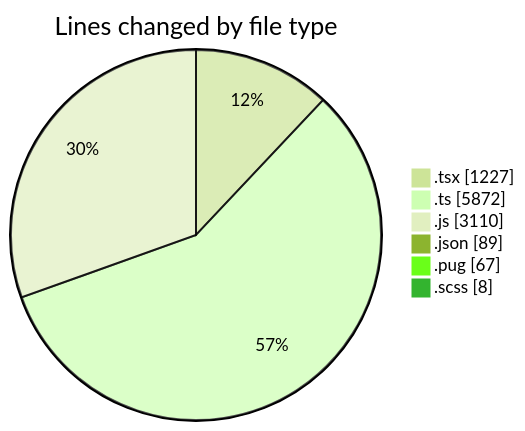
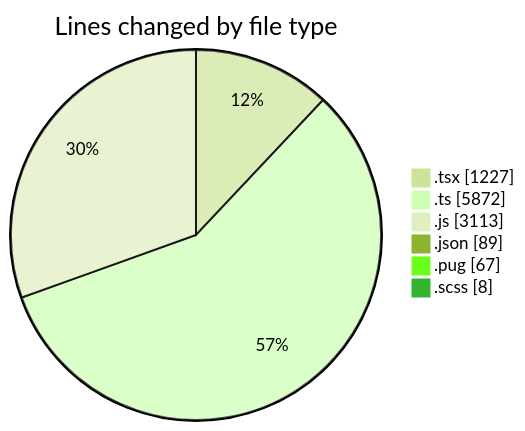
Before and after one commit to momahboobian/code-tracking: the first of 2 diagrams in 2025-03-24/cda/README.md, drawn with Mermaid (forest theme). The commit also changed other lines of this file and 1 other file, not shown here.

````diff
--- a/2025-03-24/cda/README.md
+++ b/2025-03-24/cda/README.md
@@ -41,10 +41,10 @@
 ```mermaid
 pie showData
 title Lines changed by file type
 ".tsx" : 1227
 ".ts" : 5872
-".js" : 3110
+".js" : 3113
 ".json" : 89
 ".pug" : 67
 ".scss" : 8
 ```
````
